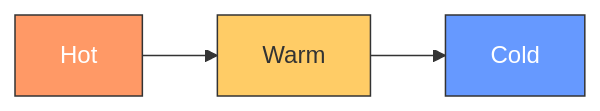
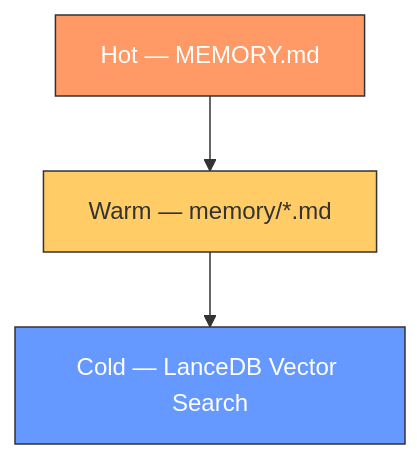
One commit to changanlee/claw-company changed the third of 3 diagrams in README.md. Above: the diagram before and after it, drawn with Mermaid. The commit also changed other lines of this file and 1 other file, not shown here.

````diff
--- a/README.md
+++ b/README.md
@@ -146,8 +126,9 @@
 ```mermaid
-graph LR
-    Hot[Hot] --> Warm[Warm] --> Cold[Cold]
+graph TD
+    Hot["Hot — MEMORY.md"] --> Warm["Warm — memory/*.md"]
+    Warm --> Cold["Cold — LanceDB Vector Search"]
 
     style Hot fill:#f96,stroke:#333,color:#fff
     style Warm fill:#fc6,stroke:#333
     style Cold fill:#69f,stroke:#333,color:#fff
 ```
````
